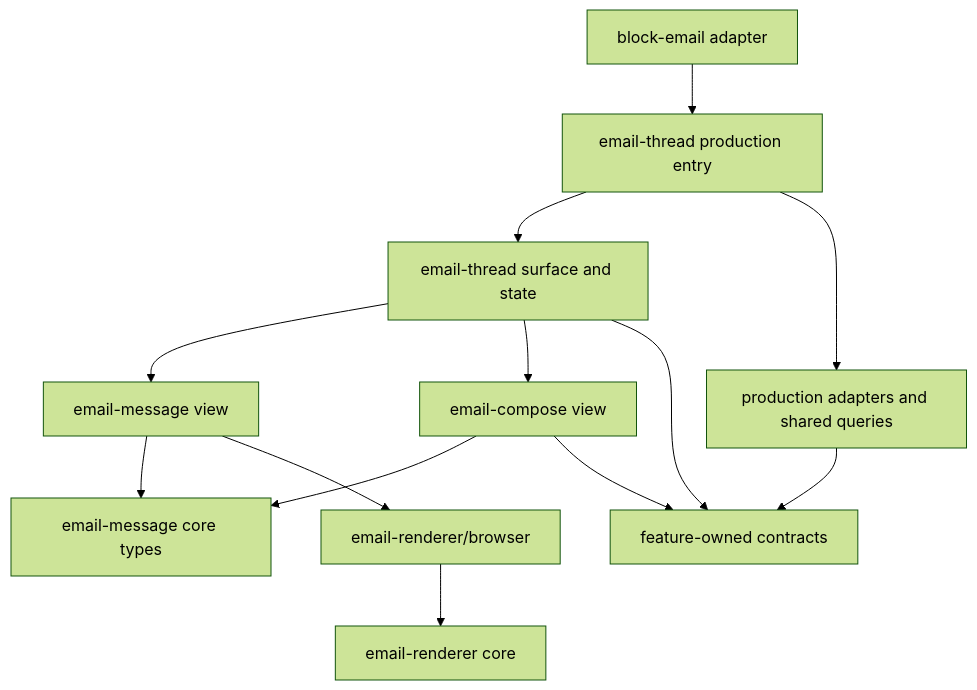
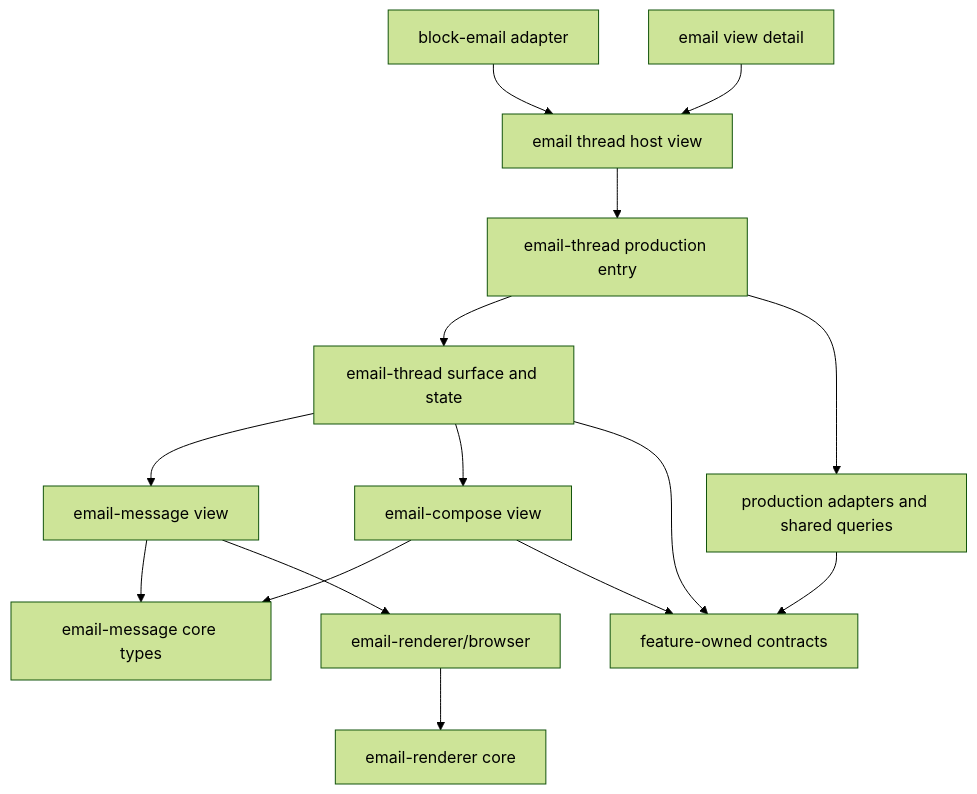
The first of 2 diagrams in docs/EMAIL_FEATURE_ARCHITECTURE.md (KevinLaucn/macro-docker), drawn with Mermaid (forest theme) before and after one commit. The commit also changed other lines of this file and 17 other files, not shown here.

Commit message:
feat(email-view): inline email detail and breadcrumbs (#6496)

````diff
--- a/docs/EMAIL_FEATURE_ARCHITECTURE.md
+++ b/docs/EMAIL_FEATURE_ARCHITECTURE.md
@@ -27,15 +27,17 @@
 ```mermaid
 flowchart TD
-  Block[block-email adapter] --> ThreadRoot[email-thread production entry]
+  Block[block-email adapter] --> HostView[email thread host view]
+  EmailView[email view detail] --> HostView
+  HostView --> ThreadRoot[email-thread production entry]
   ThreadRoot --> Thread[email-thread surface and state]
   ThreadRoot --> Adapters[production adapters and shared queries]
   Thread --> Message[email-message view]
   Thread --> Compose[email-compose view]
   Compose --> Model[email-message core types]
   Message --> Model
   Message --> RendererBrowser[email-renderer/browser]
   RendererBrowser --> RendererCore[email-renderer core]
   Adapters --> Contracts[feature-owned contracts]
   Thread --> Contracts
   Compose --> Contracts
 ```
````
